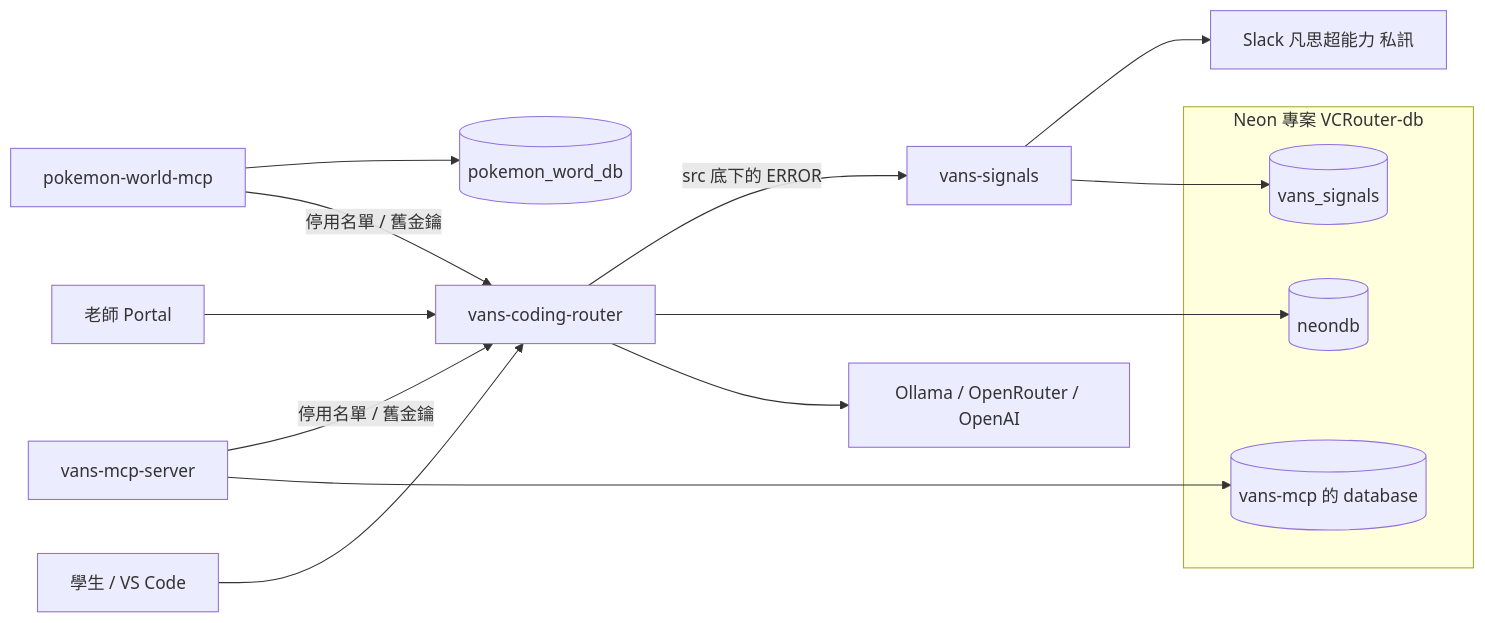
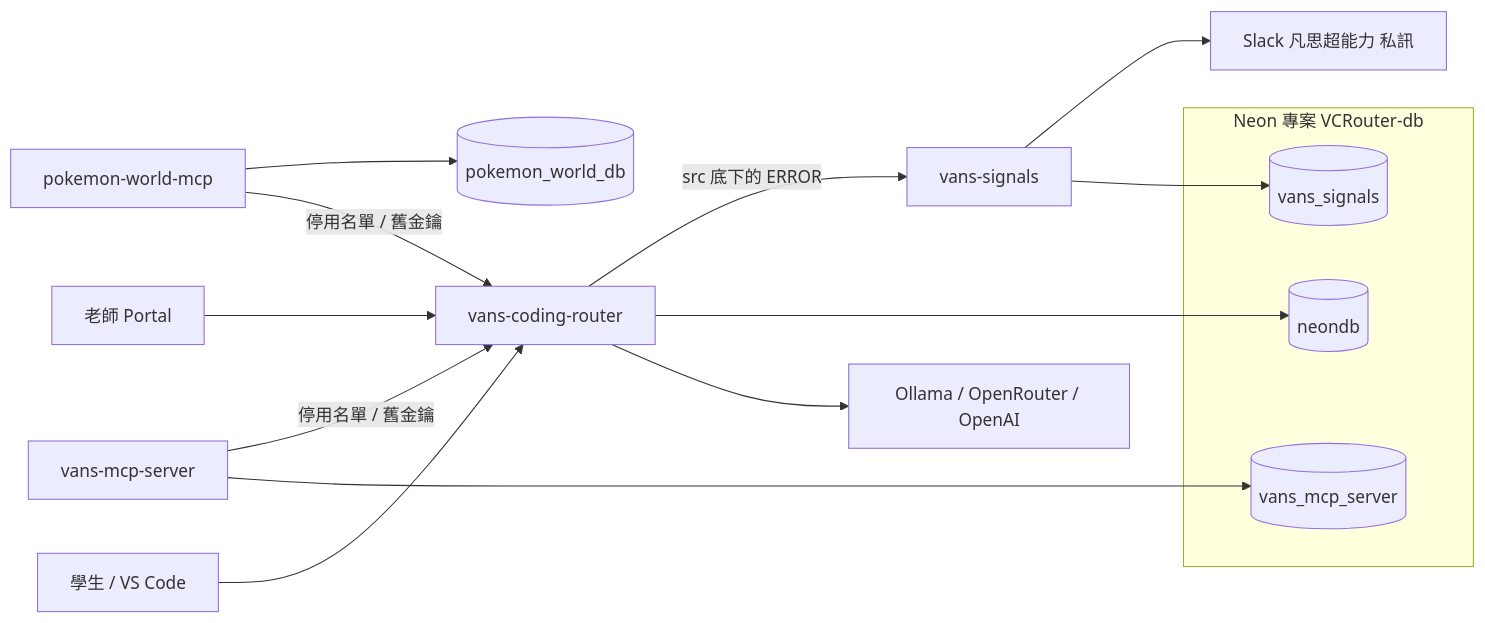
Before and after one commit to mz038197/vans_coding_router: the second of 2 diagrams in docs/system-map.md, drawn with Mermaid. The commit also changed other lines of this file and 4 other files, not shown here.

````diff
--- a/docs/system-map.md
+++ b/docs/system-map.md
@@ -33,21 +39,21 @@
 ```mermaid
 flowchart LR
   student[學生 / VS Code] --> router[vans-coding-router]
   teacher[老師 Portal] --> router
   router --> upstream[Ollama / OpenRouter / OpenAI]
   router --> neondb[(neondb)]
-  mcp[vans-mcp-server] --> mcpdb[(vans-mcp 的 database)]
+  mcp[vans-mcp-server] --> mcpdb[(vans_mcp_server)]
   mcp -->|停用名單 / 舊金鑰| router
   poke[pokemon-world-mcp] -->|停用名單 / 舊金鑰| router
-  poke --> pokedb[(pokemon_word_db)]
+  poke --> pokedb[(pokemon_world_db)]
 
   router -->|src 底下的 ERROR| signals[vans-signals]
   signals --> sigdb[(vans_signals)]
   signals --> slack[Slack 凡思超能力 私訊]
 
   subgraph neon [Neon 專案 VCRouter-db]
     neondb
     sigdb
     mcpdb
   end
 ```
````
